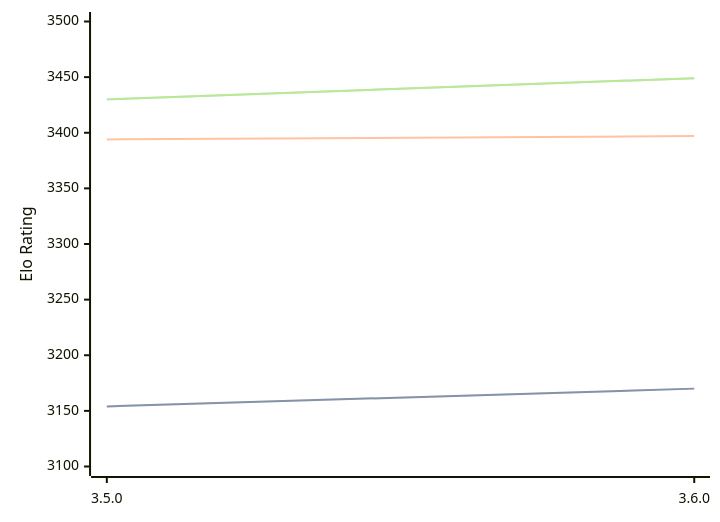
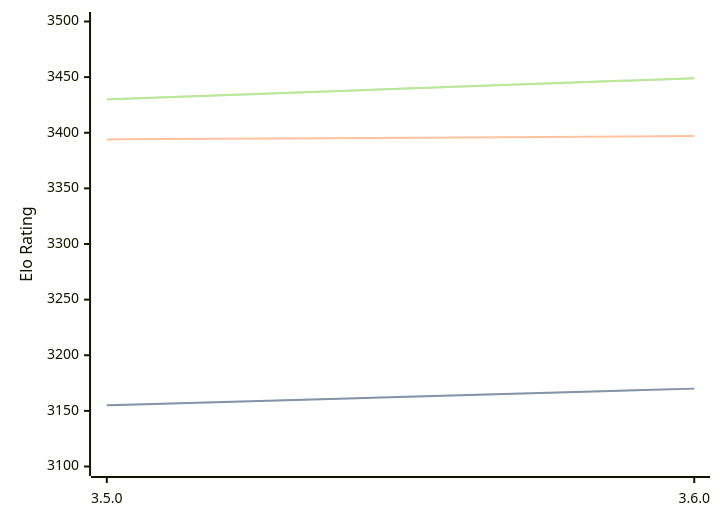
One commit to computer-chess-index/cci changed the diagram in engines/Igel.md. Above: the diagram before and after it, drawn with Mermaid. The commit also changed other lines of this file, not shown here.

````diff
--- a/engines/Igel.md
+++ b/engines/Igel.md
@@ -68,11 +68,11 @@
 ```mermaid
 %%{init: {"theme":"base","themeVariables":{"seriesColors:['#a3a3a3','#222221','#faa371']}}}%%
 xychart-beta
   x-axis ["3.5.0", "3.6.0"]
   y-axis "Elo Rating" 3100 --> 3500
-  line "STC (8.0+0.08s)" [3154, 3170]
-  line "STC (8.0+0.08s)" [3154, 3170]
+  line "STC (8.0+0.08s)" [3155, 3170]
+  line "STC (8.0+0.08s)" [3155, 3170]
   line "LTC (60.0+0.60s)" [3394, 3397]
   line "VLTC (2m24s+1.12s)" [3430, 3449]
   line "VLTC (2m24s+1.12s)" [3430, 3449]
 ```
````
